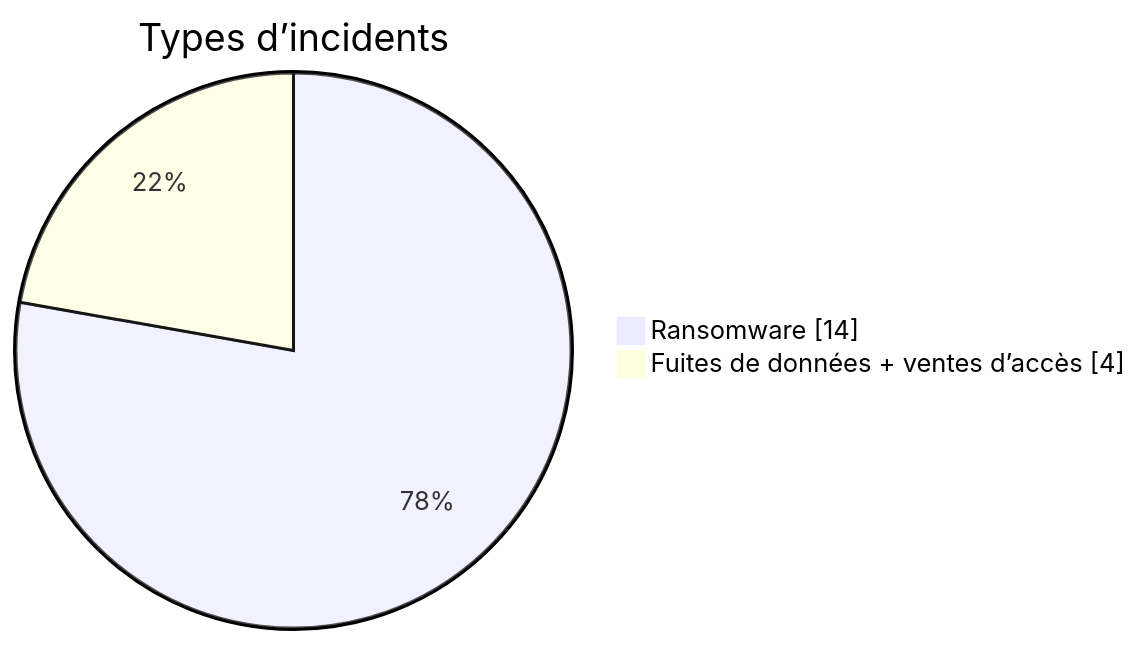
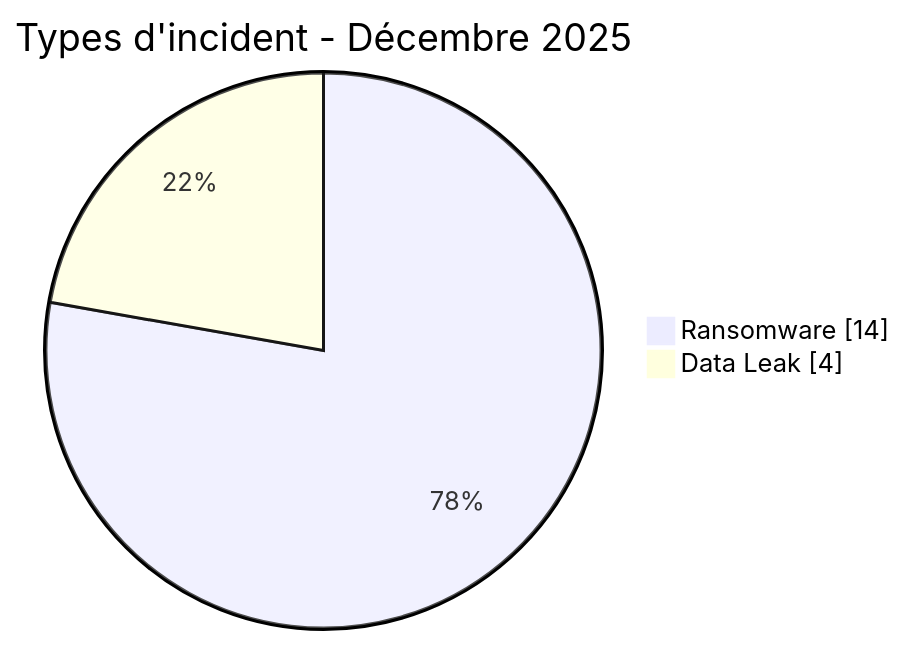
One commit to Hatchepsoute/AFRINTEL changed the first of 3 diagrams in CyberAttackAfrica/2025/12-december/README_FR.md. Above: the diagram before and after it, drawn with Mermaid. The commit also changed other lines of this file and 35 other files, not shown here.

````diff
--- a/CyberAttackAfrica/2025/12-december/README_FR.md
+++ b/CyberAttackAfrica/2025/12-december/README_FR.md
@@ -132,6 +73,6 @@
 ```mermaid
 pie showData
-    title Types d’incidents
+    title Types d'incident - Décembre 2025
     "Ransomware" : 14
-    "Fuites de données + ventes d’accès" : 4
+    "Data Leak" : 4
 ```
````
